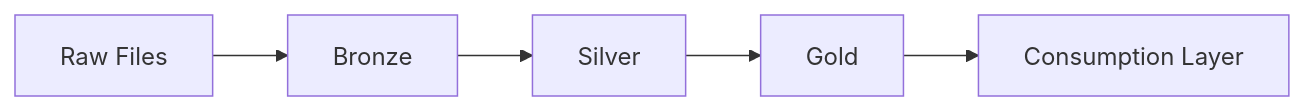
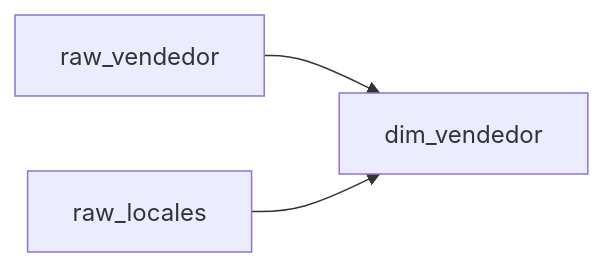
The second of 5 diagrams in README.md (Smonsalve09/end-to-end-medallion-lakehouse-with-autoloader-dlt-and-workflows-on-databricks), drawn with Mermaid before and after one commit. The commit also changed other lines of this file, not shown here.

First line of the commit message:
Revise README for project overview and architecture details

````diff
--- a/README.md
+++ b/README.md
@@ -45,11 +252,9 @@
 ```mermaid
 flowchart LR
 
-    A[Raw Files] --> B[Bronze]
+A[raw_vendedor]
+B[raw_locales]
 
-    B --> C[Silver]
-
-    C --> D[Gold]
-
-    D --> E[Consumption Layer]
+A --> C[dim_vendedor]
+B --> C
 ```
````
